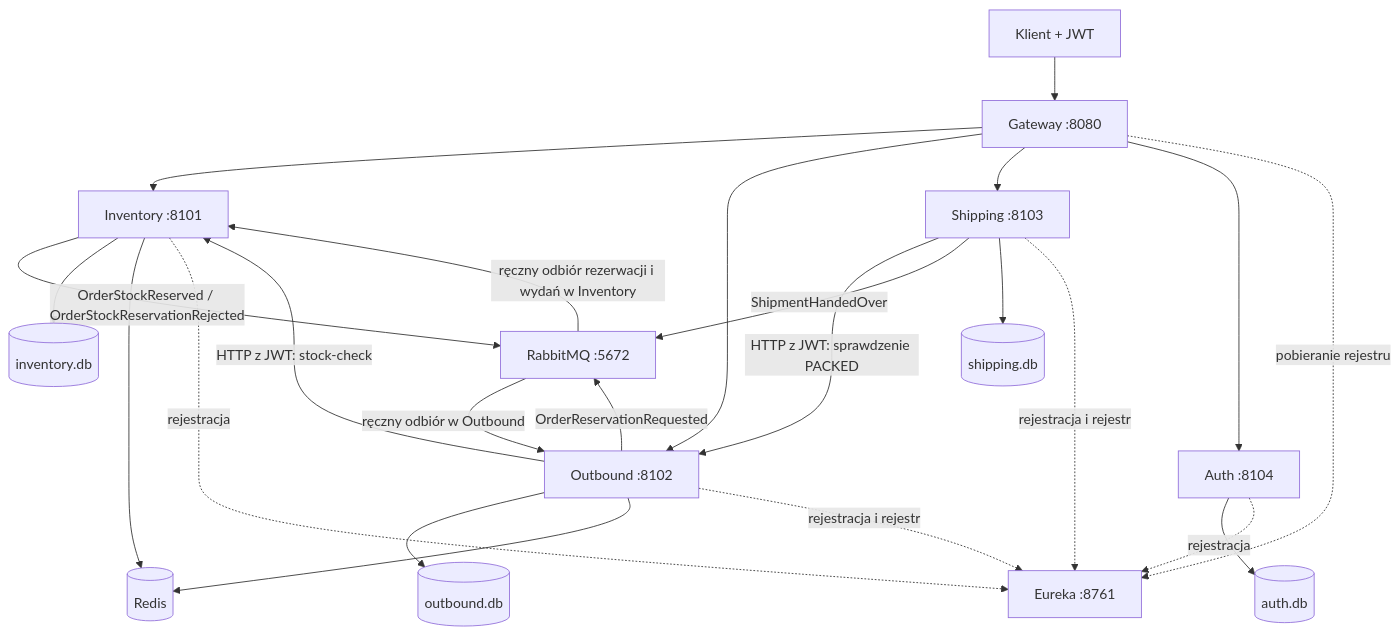
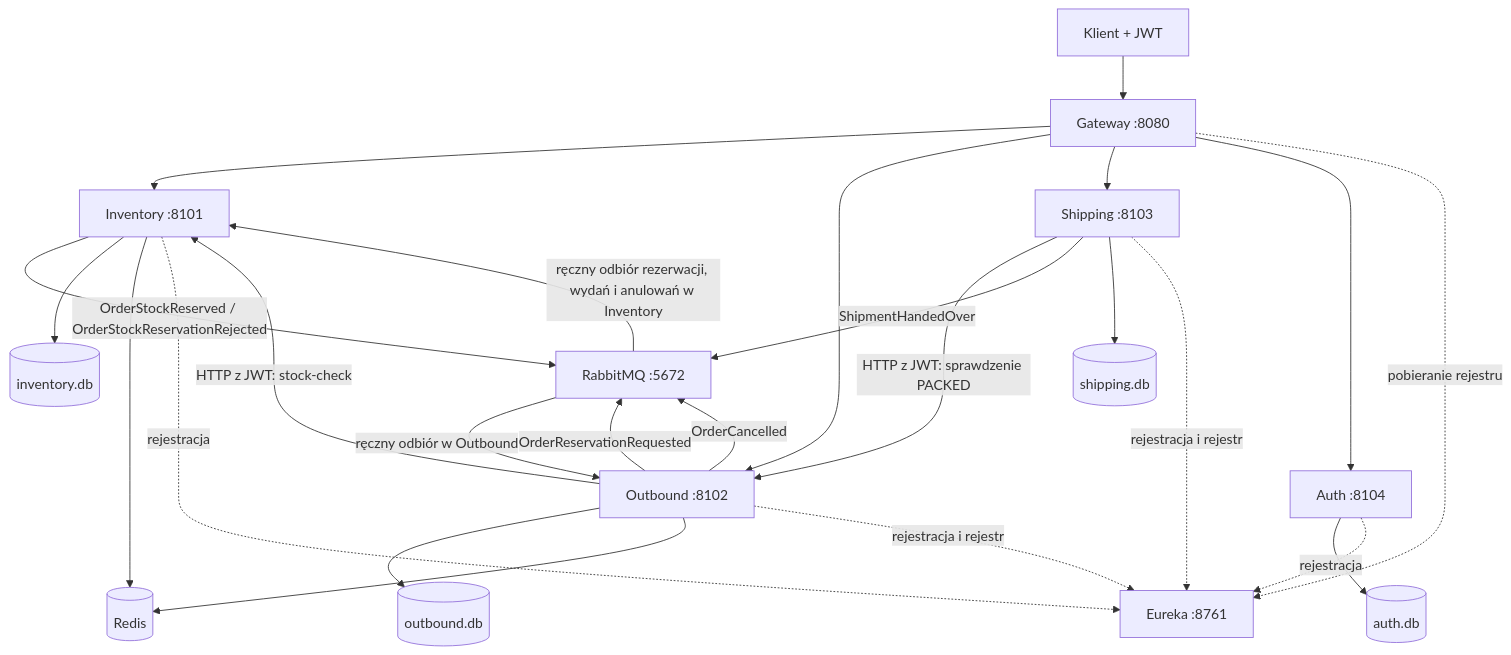
The second of 5 diagrams in README.md (M3T1X1/web_microservices), drawn with Mermaid before and after one commit. The commit also changed other lines of this file and 20 other files, not shown here.

````diff
--- a/README.md
+++ b/README.md
@@ -259,26 +263,27 @@
 ```mermaid
 flowchart TB
     C[Klient + JWT] --> G[Gateway :8080]
     G --> I[Inventory :8101]
     G --> O[Outbound :8102]
     G --> S[Shipping :8103]
     G --> A[Auth :8104]
     O -->|HTTP z JWT: stock-check| I
     S -->|HTTP z JWT: sprawdzenie PACKED| O
     S -->|ShipmentHandedOver| B[RabbitMQ :5672]
     B -->|ręczny odbiór w Outbound| O
     O -->|OrderReservationRequested| B
-    B -->|ręczny odbiór rezerwacji i wydań w Inventory| I
+    O -->|OrderCancelled| B
+    B -->|ręczny odbiór rezerwacji, wydań i anulowań w Inventory| I
     I -->|OrderStockReserved / OrderStockReservationRejected| B
     I --> ID[(inventory.db)]
     O --> OD[(outbound.db)]
     S --> SD[(shipping.db)]
     A --> AD[(auth.db)]
     I --> R[(Redis)]
     O --> R
     G -. pobieranie rejestru .-> E[Eureka :8761]
     I -. rejestracja .-> E
     O -. rejestracja i rejestr .-> E
     S -. rejestracja i rejestr .-> E
     A -. rejestracja .-> E
 ```
````
